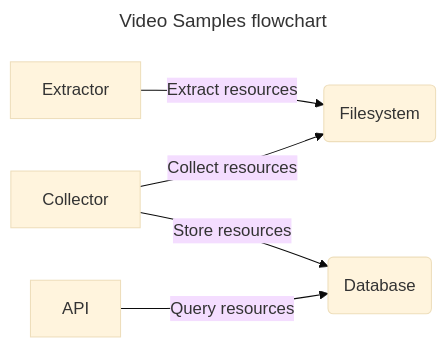
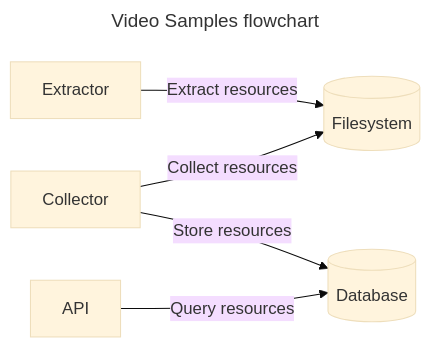
Before and after one commit to mauricioabreu/video_samples: the first of 2 diagrams in DESIGN.md, drawn with Mermaid (base theme).

Commit message:
docs: Change filesystem and DB shapes

````diff
--- a/DESIGN.md
+++ b/DESIGN.md
@@ -5,10 +5,10 @@
 ```mermaid
 ---
 title: Video Samples flowchart
 ---
 graph LR
-    A[Extractor] --> |Extract resources| B(Filesystem)
+    A[Extractor] --> |Extract resources| B[(Filesystem)]
     C[Collector] --> |Collect resources| B
     C --> |Store resources| D(Database)
-    E[API] --> |Query resources| D(Database)
+    E[API] --> |Query resources| D[(Database)]
 ```
````
